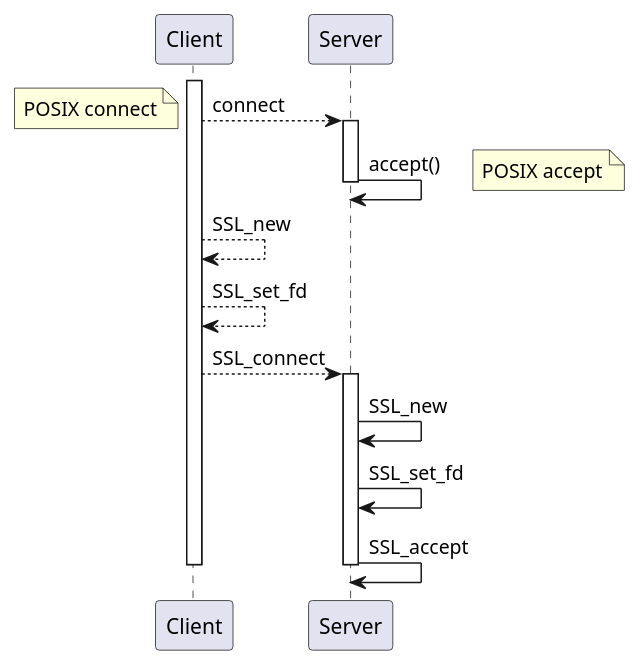
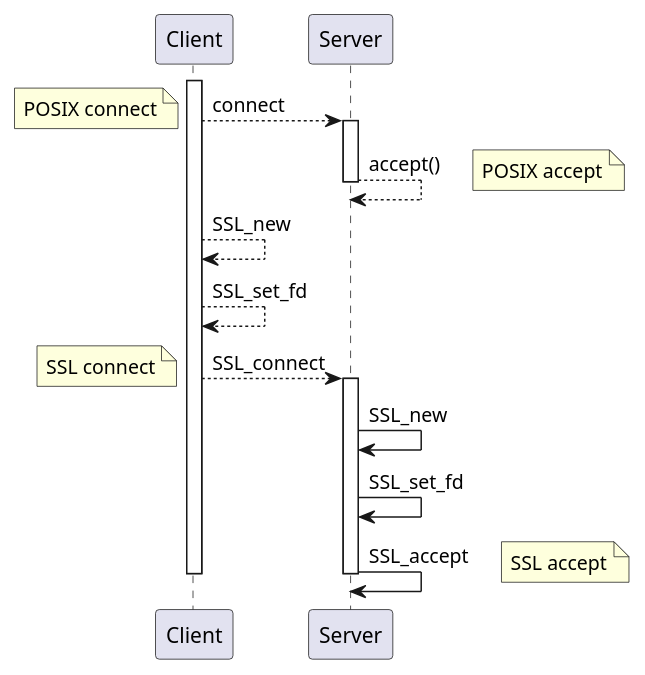
Before and after one commit to zeerd/zeerd.github.io: the fourth of 4 diagrams in _posts/2022-09-10-openssl-tls.md, drawn with PlantUML. The commit also changed other lines of this file and 5 other files, not shown here.

Commit message:
modify plantuml

````diff
--- a/_posts/2022-09-10-openssl-tls.md
+++ b/_posts/2022-09-10-openssl-tls.md
@@ -208,18 +218,20 @@
 ```plantuml
 activate Client
 Client --> Server : connect
 note left : POSIX connect
 activate Server
-Server -> Server : accept()
+Server --> Server : accept()
 deactivate Server
 note right : POSIX accept
 Client --> Client : SSL_new
 Client --> Client : SSL_set_fd
 Client --> Server : SSL_connect
+note left : SSL connect
 activate Server
 Server -> Server : SSL_new
 Server -> Server : SSL_set_fd
 Server -> Server : SSL_accept
+note right : SSL accept
 deactivate Server
 deactivate Client
 ```
````
